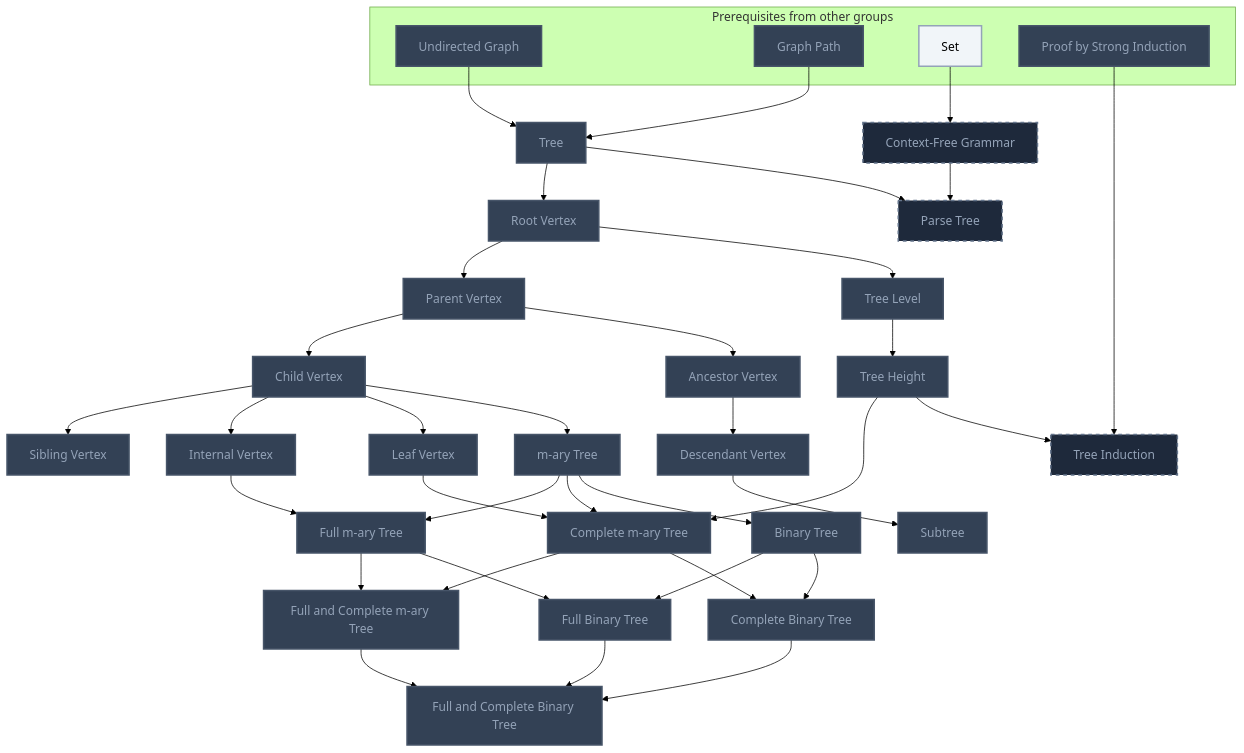
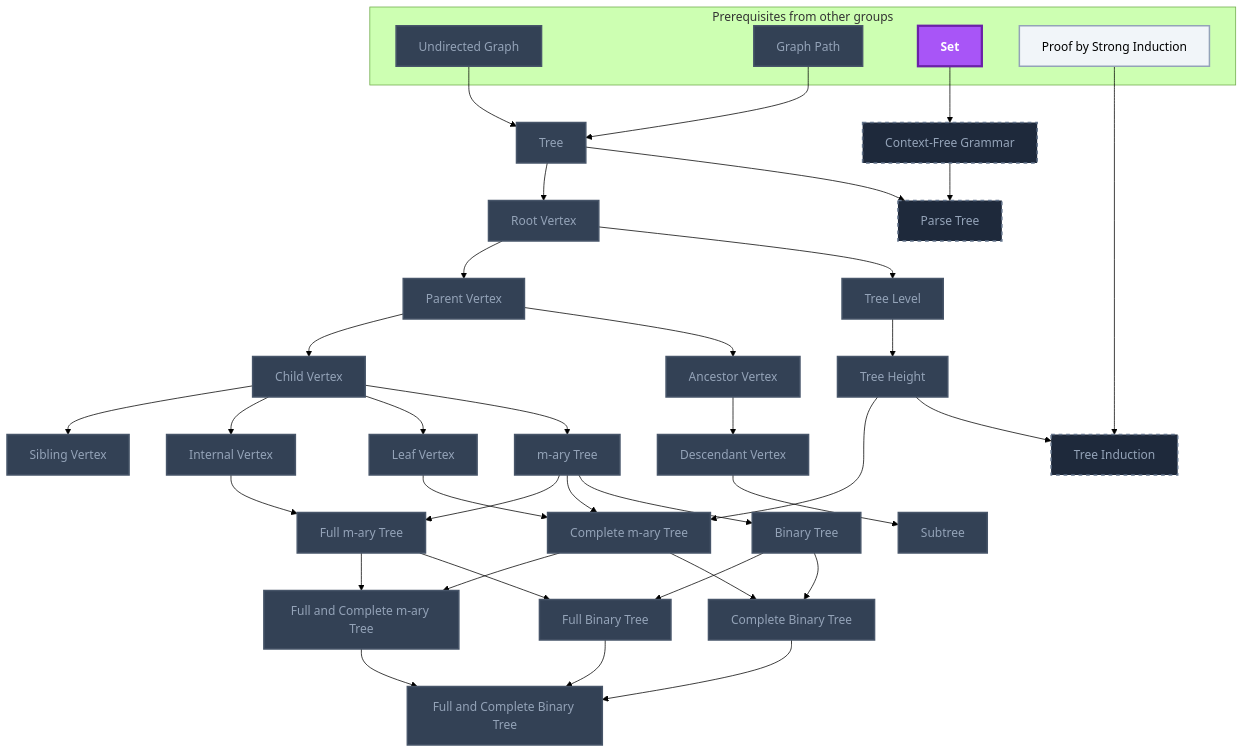
One commit to MRauf1/My-Notes changed the fifth of 10 diagrams in Gamification/Skill Trees/Theoretical Computer Science.md. Above: the diagram before and after it, drawn with Mermaid (forest theme). The commit also changed other lines of this file and 156 other files, not shown here.

````diff
--- a/Gamification/Skill Trees/Theoretical Computer Science.md
+++ b/Gamification/Skill Trees/Theoretical Computer Science.md
@@ -199,79 +202,80 @@
 ```mermaid
 flowchart TD
     classDef planned fill:#1E293B,stroke:#64748B,stroke-width:2px,stroke-dasharray:5 5,color:#94A3B8;
     classDef locked fill:#334155,stroke:#475569,stroke-width:2px,color:#94A3B8;
     classDef L0 fill:#F1F5F9,stroke:#94A3B8,stroke-width:2px,color:#000000;
     classDef L1 fill:#22C55E,stroke:#15803D,stroke-width:2px,color:#000000;
     classDef L2 fill:#3B82F6,stroke:#1D4ED8,stroke-width:3px,color:#FFFFFF;
     classDef L3 fill:#A855F7,stroke:#6B21A8,stroke-width:3px,color:#FFFFFF,font-weight:bold;
     classDef L4 fill:#F97316,stroke:#C2410C,stroke-width:4px,color:#000000,font-weight:bold;
     classDef L5 fill:#FFD700,stroke:#FF8C00,stroke-width:5px,color:#000000,font-weight:bold;
     classDef rusty stroke:#8B4513,stroke-width:4px,stroke-dasharray:3 3;
     subgraph sg_prereqs["Prerequisites from other groups"]
         n_undirected_graph["Undirected Graph"]
         n_graph_path["Graph Path"]
         n_set["Set"]
         n_proof_by_strong_induction["Proof by Strong Induction"]
     end
     n_tree["Tree"]
     n_root_vertex["Root Vertex"]
     n_parent_vertex["Parent Vertex"]
     n_child_vertex["Child Vertex"]
     n_sibling_vertex["Sibling Vertex"]
     n_ancestor_vertex["Ancestor Vertex"]
     n_descendant_vertex["Descendant Vertex"]
     n_internal_vertex["Internal Vertex"]
     n_leaf_vertex["Leaf Vertex"]
     n_tree_level["Tree Level"]
     n_tree_height["Tree Height"]
     n_subtree["Subtree"]
     n_m_ary_tree["m-ary Tree"]
     n_full_m_ary_tree["Full m-ary Tree"]
     n_complete_m_ary_tree["Complete m-ary Tree"]
     n_full_and_complete_m_ary_tree["Full and Complete m-ary Tree"]
     n_binary_tree["Binary Tree"]
     n_full_binary_tree["Full Binary Tree"]
     n_complete_binary_tree["Complete Binary Tree"]
     n_full_and_complete_binary_tree["Full and Complete Binary Tree"]
     n_context_free_grammar["Context-Free Grammar"]
     n_parse_tree["Parse Tree"]
     n_tree_induction["Tree Induction"]
     n_undirected_graph --> n_tree
     n_graph_path --> n_tree
     n_tree --> n_root_vertex
     n_root_vertex --> n_parent_vertex
     n_parent_vertex --> n_child_vertex
     n_child_vertex --> n_sibling_vertex
     n_parent_vertex --> n_ancestor_vertex
     n_ancestor_vertex --> n_descendant_vertex
     n_child_vertex --> n_internal_vertex
     n_child_vertex --> n_leaf_vertex
     n_root_vertex --> n_tree_level
     n_tree_level --> n_tree_height
     n_descendant_vertex --> n_subtree
     n_child_vertex --> n_m_ary_tree
     n_m_ary_tree --> n_full_m_ary_tree
     n_internal_vertex --> n_full_m_ary_tree
     n_m_ary_tree --> n_complete_m_ary_tree
     n_leaf_vertex --> n_complete_m_ary_tree
     n_tree_height --> n_complete_m_ary_tree
     n_full_m_ary_tree --> n_full_and_complete_m_ary_tree
     n_complete_m_ary_tree --> n_full_and_complete_m_ary_tree
     n_m_ary_tree --> n_binary_tree
     n_binary_tree --> n_full_binary_tree
     n_full_m_ary_tree --> n_full_binary_tree
     n_binary_tree --> n_complete_binary_tree
     n_complete_m_ary_tree --> n_complete_binary_tree
     n_full_binary_tree --> n_full_and_complete_binary_tree
     n_complete_binary_tree --> n_full_and_complete_binary_tree
     n_full_and_complete_m_ary_tree --> n_full_and_complete_binary_tree
     n_set --> n_context_free_grammar
     n_context_free_grammar --> n_parse_tree
     n_tree --> n_parse_tree
     n_tree_height --> n_tree_induction
     n_proof_by_strong_induction --> n_tree_induction
     class n_context_free_grammar,n_parse_tree,n_tree_induction planned;
-    class n_undirected_graph,n_graph_path,n_proof_by_strong_induction,n_tree,n_root_vertex,n_parent_vertex,n_child_vertex,n_sibling_vertex,n_ancestor_vertex,n_descendant_vertex,n_internal_vertex,n_leaf_vertex,n_tree_level,n_tree_height,n_subtree,n_m_ary_tree,n_full_m_ary_tree,n_complete_m_ary_tree,n_full_and_complete_m_ary_tree,n_binary_tree,n_full_binary_tree,n_complete_binary_tree,n_full_and_complete_binary_tree locked;
-    class n_set L0;
+    class n_undirected_graph,n_graph_path,n_tree,n_root_vertex,n_parent_vertex,n_child_vertex,n_sibling_vertex,n_ancestor_vertex,n_descendant_vertex,n_internal_vertex,n_leaf_vertex,n_tree_level,n_tree_height,n_subtree,n_m_ary_tree,n_full_m_ary_tree,n_complete_m_ary_tree,n_full_and_complete_m_ary_tree,n_binary_tree,n_full_binary_tree,n_complete_binary_tree,n_full_and_complete_binary_tree locked;
+    class n_proof_by_strong_induction L0;
+    class n_set L3;
     class n_undirected_graph,n_graph_path,n_set,n_proof_by_strong_induction,n_tree,n_root_vertex,n_parent_vertex,n_child_vertex,n_sibling_vertex,n_ancestor_vertex,n_descendant_vertex,n_internal_vertex,n_leaf_vertex,n_tree_level,n_tree_height,n_subtree,n_m_ary_tree,n_full_m_ary_tree,n_complete_m_ary_tree,n_full_and_complete_m_ary_tree,n_binary_tree,n_full_binary_tree,n_complete_binary_tree,n_full_and_complete_binary_tree internal-link;
 ```
````
